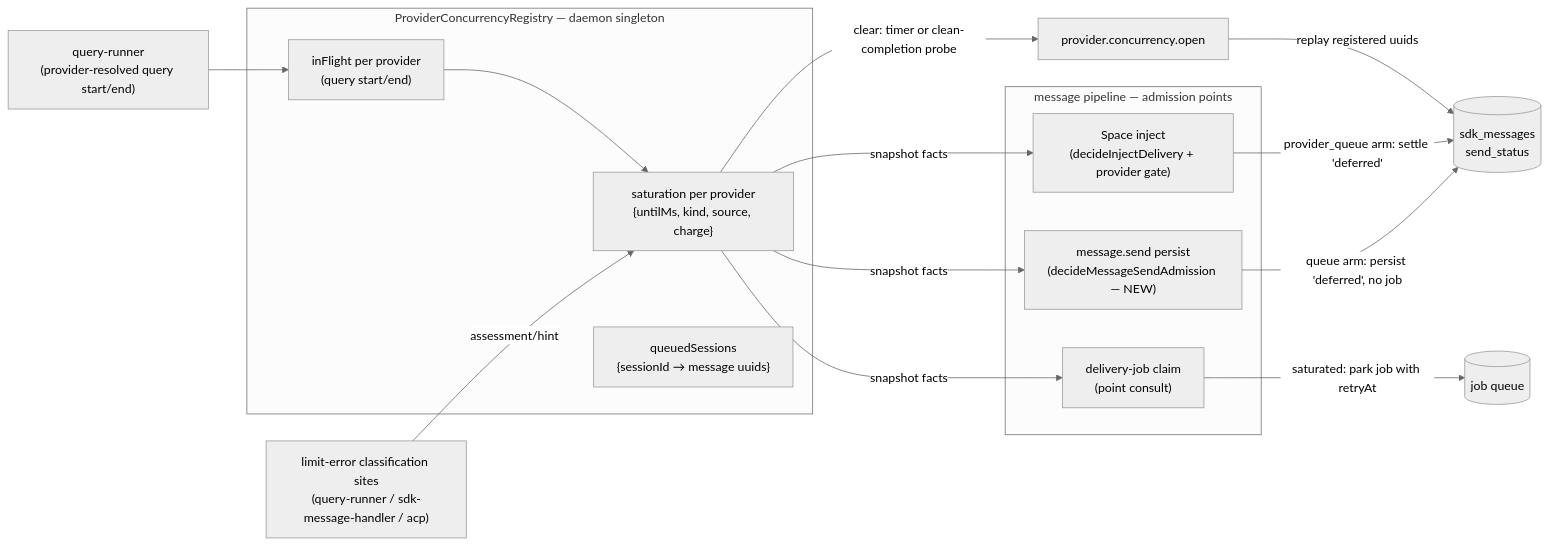
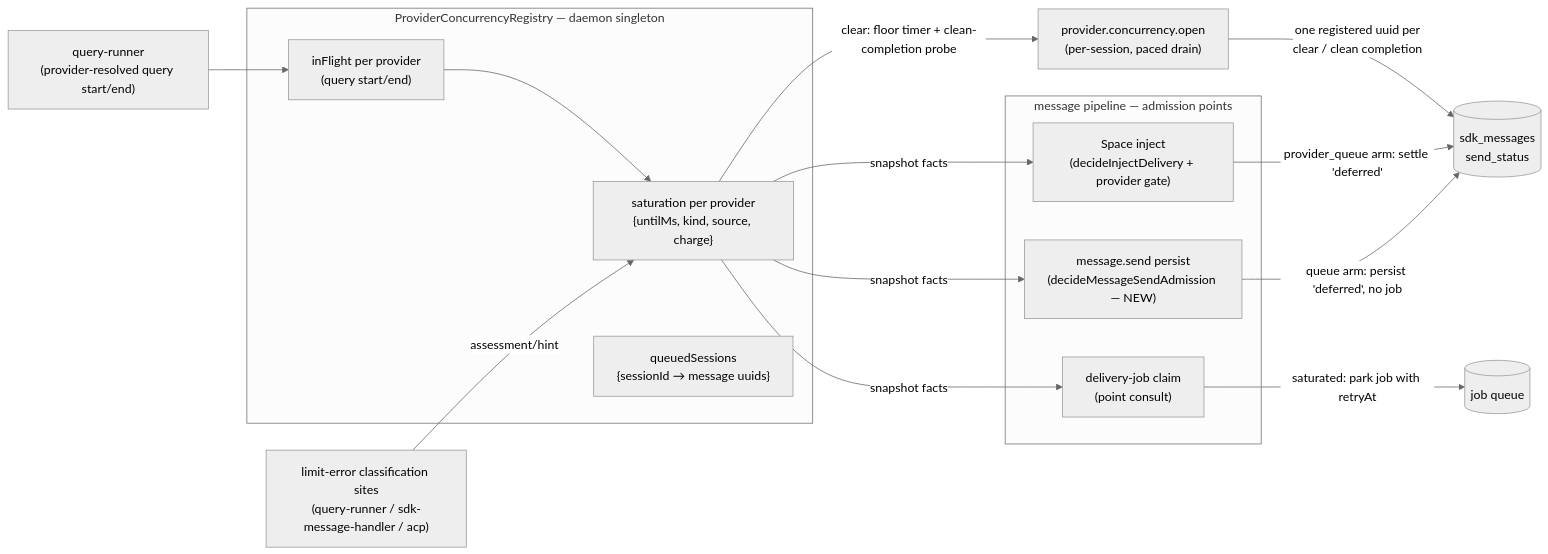
The diagram in docs/design/provider-concurrency-admission-gate.md (lsm/HyperNeo), drawn with Mermaid (neutral theme) before and after one commit. The commit also changed other lines of this file, not shown here.

First line of the commit message:
docs(design): address codex review — wake routing, restart linkage, V1 consult, probe/charge/drain, refinement feed

````diff
--- a/docs/design/provider-concurrency-admission-gate.md
+++ b/docs/design/provider-concurrency-admission-gate.md
@@ -118,25 +118,25 @@
 ```mermaid
 flowchart LR
   subgraph MessagePipeline[message pipeline — admission points]
     MS["message.send persist\n(decideMessageSendAdmission — NEW)"]
     INJ["Space inject\n(decideInjectDelivery + provider gate)"]
     JOB["delivery-job claim\n(point consult)"]
   end
   subgraph Registry[ProviderConcurrencyRegistry — daemon singleton]
     SAT["saturation per provider\n{untilMs, kind, source, charge}"]
     FLR["inFlight per provider\n(query start/end)"]
     Q["queuedSessions\n{sessionId → message uuids}"]
   end
   CLR["limit-error classification sites\n(query-runner / sdk-message-handler / acp)"]
   QRY["query-runner\n(provider-resolved query start/end)"]
 
   MS -->|"queue arm: persist 'deferred', no job"| ROW[("sdk_messages\nsend_status")]
   INJ -->|"provider_queue arm: settle 'deferred'"| ROW
   JOB -->|"saturated: park job with retryAt"| JQ[("job queue")]
   CLR -->|"assessment/hint"| SAT
   QRY --> FLR
   SAT -->|"snapshot facts"| MS & INJ & JOB
   FLR --> SAT
-  SAT -->|"clear: timer or clean-completion probe"| WAKE["provider.concurrency.open"]
-  WAKE -->|"replay registered uuids"| ROW
+  SAT -->|"clear: floor timer + clean-completion probe"| WAKE["provider.concurrency.open\n(per-session, paced drain)"]
+  WAKE -->|"one registered uuid per\nclear / clean completion"| ROW
 ```
````
